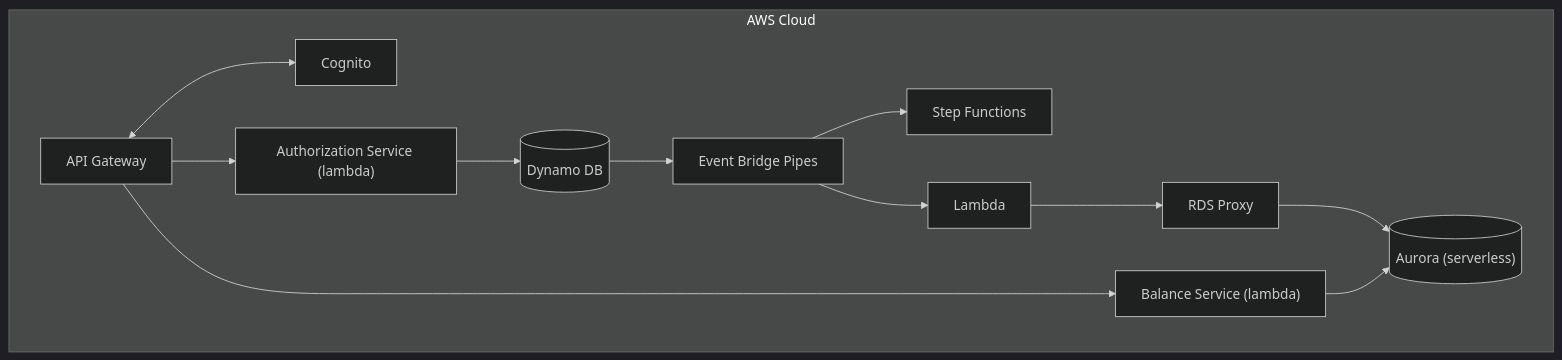
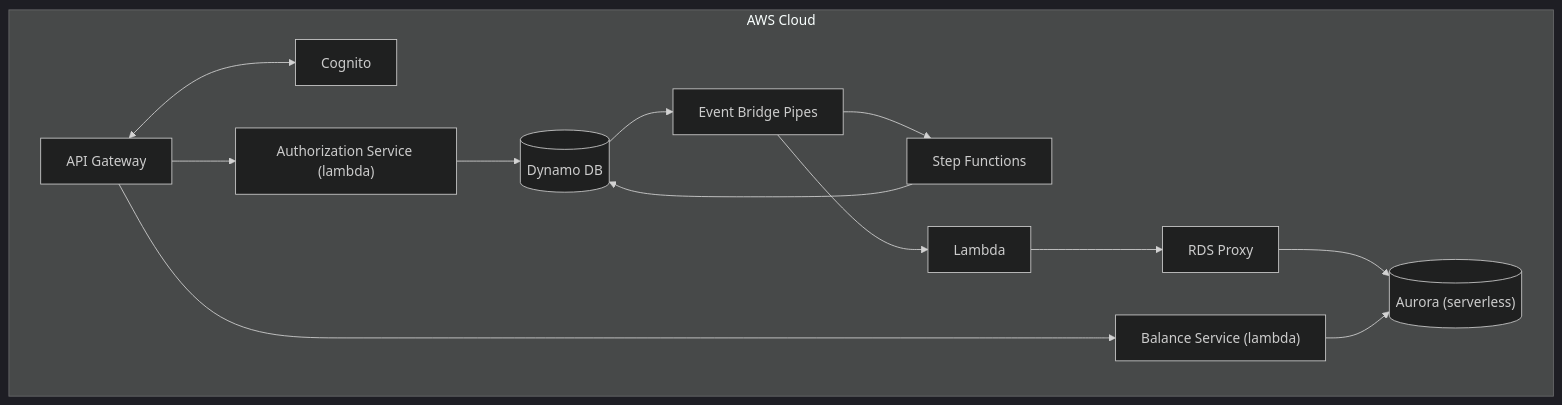
Before and after one commit to Daniel-Ibarrola/PayLedger: the diagram in docs/design-doc.md, drawn with Mermaid (dark theme). The commit also changed other lines of this file, not shown here.

````diff
--- a/docs/design-doc.md
+++ b/docs/design-doc.md
@@ -50,31 +50,33 @@
 ```mermaid
 flowchart TB
     subgraph Edge["AWS Cloud"]
         APIGW["API Gateway"]
         Cognito["Cognito"]
         
         AuthServ["Authorization Service (lambda)"]
         DynamoDB[("Dynamo DB")]
         
         EB["Event Bridge Pipes"]
         SF["Step Functions"]
         
         Lambda["Lambda"]
         RDSP["RDS Proxy"]
         Aurora[("Aurora (serverless)")]
         BalanceServ["Balance Service (lambda)"]
 
     end
 
 
     APIGW <--> Cognito
     APIGW --> AuthServ
     AuthServ --> DynamoDB
     DynamoDB --> EB
     
     EB --> SF
     EB --> Lambda
-
+    
+    SF --> DynamoDB
+    
     Lambda --> RDSP --> Aurora
     APIGW --> BalanceServ --> Aurora
 ```
````
